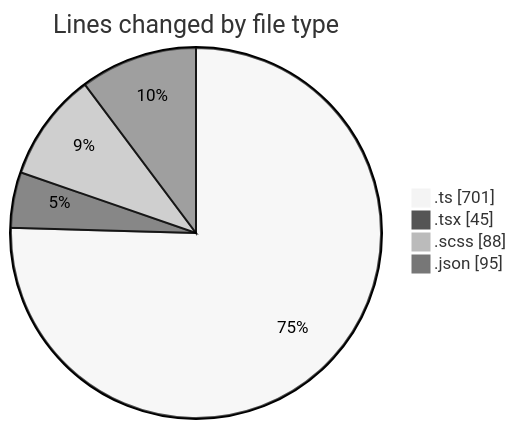
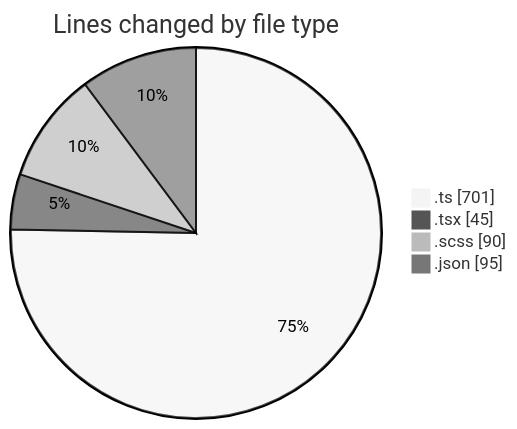
Before and after one commit to momahboobian/code-tracking: the first of 2 diagrams in 2026-10-29/cda/README.md, drawn with Mermaid (neutral theme). The commit also changed other lines of this file and 1 other file, not shown here.

````diff
--- a/2026-10-29/cda/README.md
+++ b/2026-10-29/cda/README.md
@@ -25,8 +25,8 @@
 ```mermaid
 pie showData
 title Lines changed by file type
 ".ts" : 701
 ".tsx" : 45
-".scss" : 88
+".scss" : 90
 ".json" : 95
 ```
````
